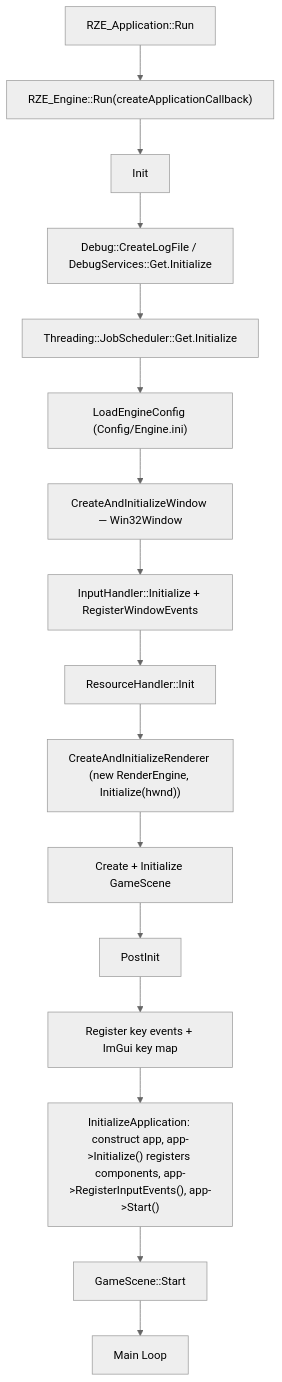
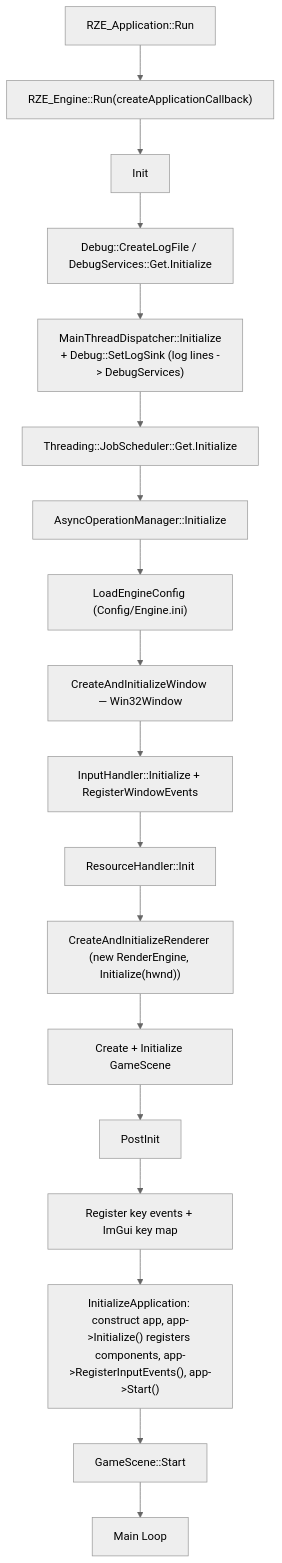
Before and after one commit to b1nary0/RZE: the first of 4 diagrams in Docs/Generated/Engine/02-Architecture/Engine-Startup-And-Frame-Loop.md, drawn with Mermaid (neutral theme). The commit also changed other lines of this file and 5 other files, not shown here.

````diff
--- a/Docs/Generated/Engine/02-Architecture/Engine-Startup-And-Frame-Loop.md
+++ b/Docs/Generated/Engine/02-Architecture/Engine-Startup-And-Frame-Loop.md
@@ -36,18 +36,20 @@
 ```mermaid
 flowchart TD
     A[RZE_Application::Run] --> B["RZE_Engine::Run(createApplicationCallback)"]
     B --> C[Init]
     C --> C1[Debug::CreateLogFile / DebugServices::Get.Initialize]
-    C1 --> C2[Threading::JobScheduler::Get.Initialize]
-    C2 --> C3["LoadEngineConfig (Config/Engine.ini)"]
+    C1 --> C1b["MainThreadDispatcher::Initialize<br/>+ Debug::SetLogSink (log lines -> DebugServices)"]
+    C1b --> C2[Threading::JobScheduler::Get.Initialize]
+    C2 --> C2b[AsyncOperationManager::Initialize]
+    C2b --> C3["LoadEngineConfig (Config/Engine.ini)"]
     C3 --> C4[CreateAndInitializeWindow — Win32Window]
     C4 --> C5[InputHandler::Initialize + RegisterWindowEvents]
     C5 --> C6[ResourceHandler::Init]
     C6 --> C7["CreateAndInitializeRenderer (new RenderEngine, Initialize(hwnd))"]
     C7 --> C8[Create + Initialize GameScene]
     C8 --> D[PostInit]
     D --> D1[Register key events + ImGui key map]
     D1 --> D2["InitializeApplication: construct app, app->Initialize() registers components, app->RegisterInputEvents(), app->Start()"]
     D2 --> D3[GameScene::Start]
     D3 --> E[Main Loop]
 ```
````
